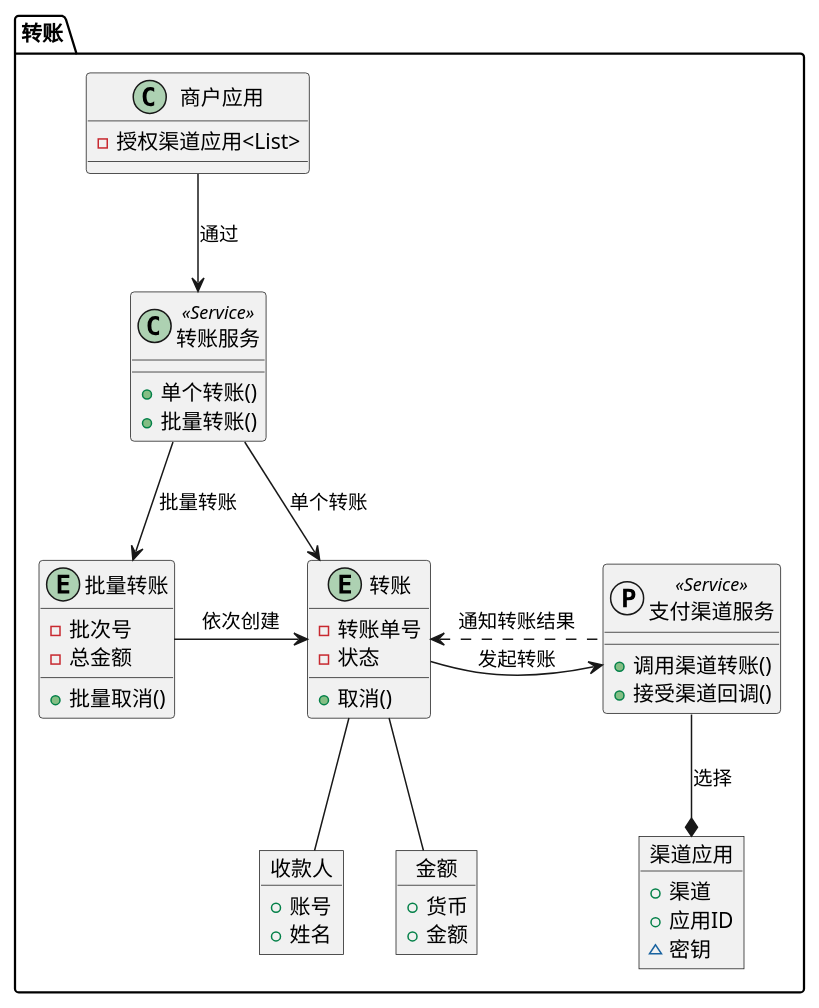
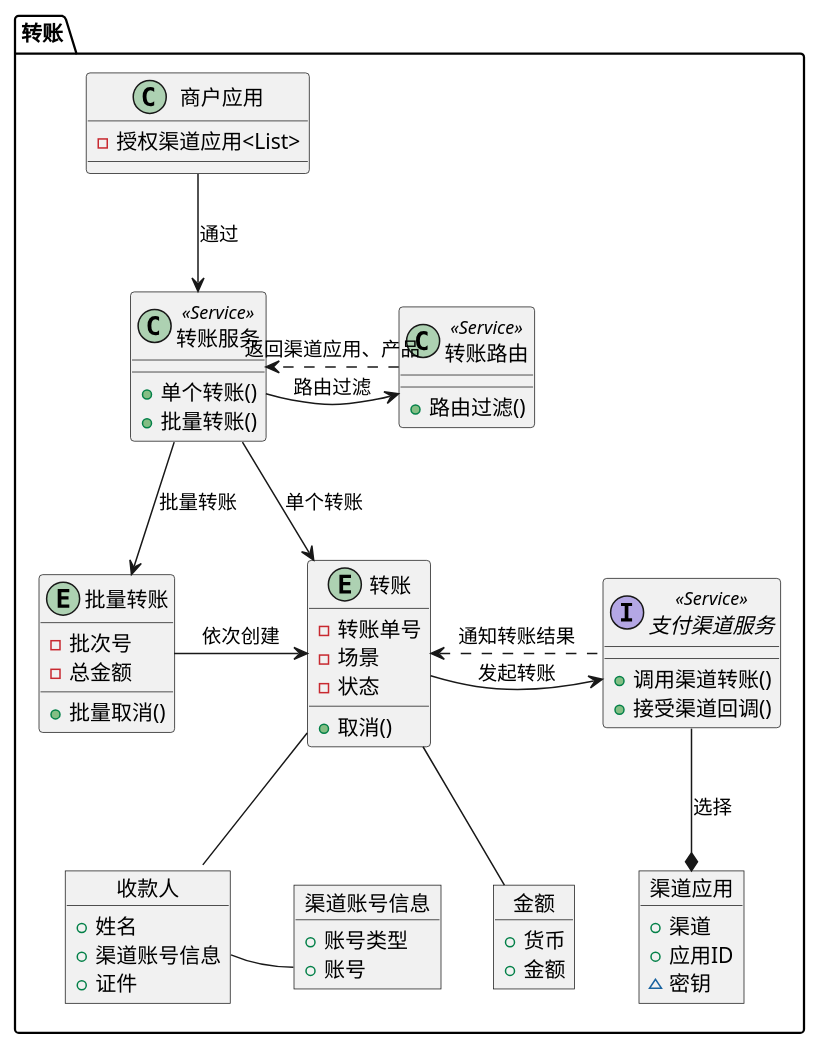
Before and after one commit to red-jasmine/docs: the second of 2 diagrams in docs/payments/transfer.md, drawn with PlantUML. The commit also changed other lines of this file, not shown here.

````diff
--- a/docs/payments/transfer.md
+++ b/docs/payments/transfer.md
@@ -94,62 +95,81 @@
 ```plantuml
 @startuml
 
 
 package "转账"{
 
-object 收款人 {
-+ 账号
-+ 姓名
-  }
 
-object 金额 {
-+ 货币
-+ 金额
-  }
 
 object 渠道应用 {
 + 渠道
 + 应用ID
 ~ 密钥
   }
 
 class 商户应用 {
 - 授权渠道应用<List>
   }
 
 class 转账服务 <<Service>>{
 + 单个转账()
 + 批量转账()
 }
+class 转账路由 <<Service>> {
++ 路由过滤()
+}
+
+转账服务 -> 转账路由: 路由过滤
+转账路由 .> 转账服务: 返回渠道应用、产品
 
 entity 批量转账 {
 - 批次号
 - 总金额
 + 批量取消()
   }
 
 entity 转账 {
 - 转账单号
+- 场景
 - 状态
 + 取消()
   }
+  
+object 收款人 {
++ 姓名
++ 渠道账号信息
++ 证件
+}
+
+object 渠道账号信息{
++ 账号类型
++ 账号
+}
+收款人::渠道账号信息 - 渠道账号信息
+
+object 金额 {
++ 货币
++ 金额
+}
+
+  
+  
 商户应用 --> 转账服务: 通过
 转账服务 --> 转账 : 单个转账
 转账服务 --> 批量转账 : 批量转账
 批量转账 -> 转账 : 依次创建
 
 转账 -- 收款人
 转账 -- 金额
 
-protocol 支付渠道服务 <<Service>> {
+Interface 支付渠道服务 <<Service>> {
 + 调用渠道转账()
 + 接受渠道回调()
   }
 
 支付渠道服务 --* 渠道应用: 选择
 转账 -> 支付渠道服务 : 发起转账
 转账 <. 支付渠道服务 : 通知转账结果
 
 }
 @enduml
 ```
````
